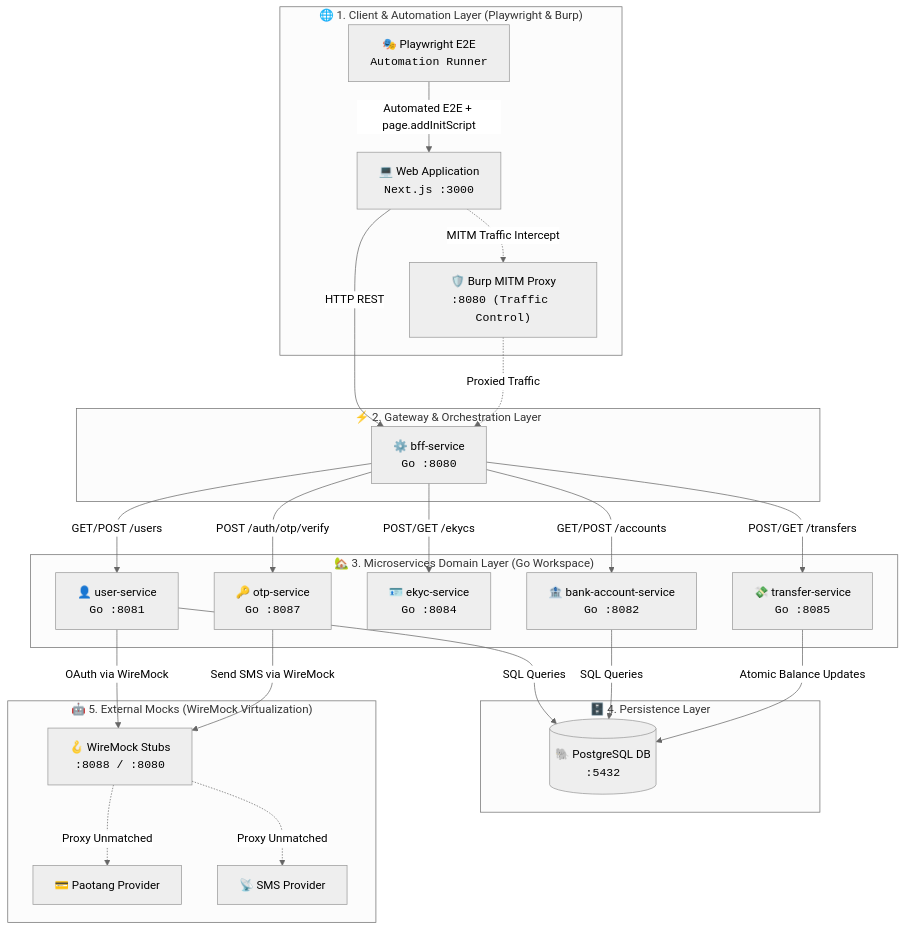
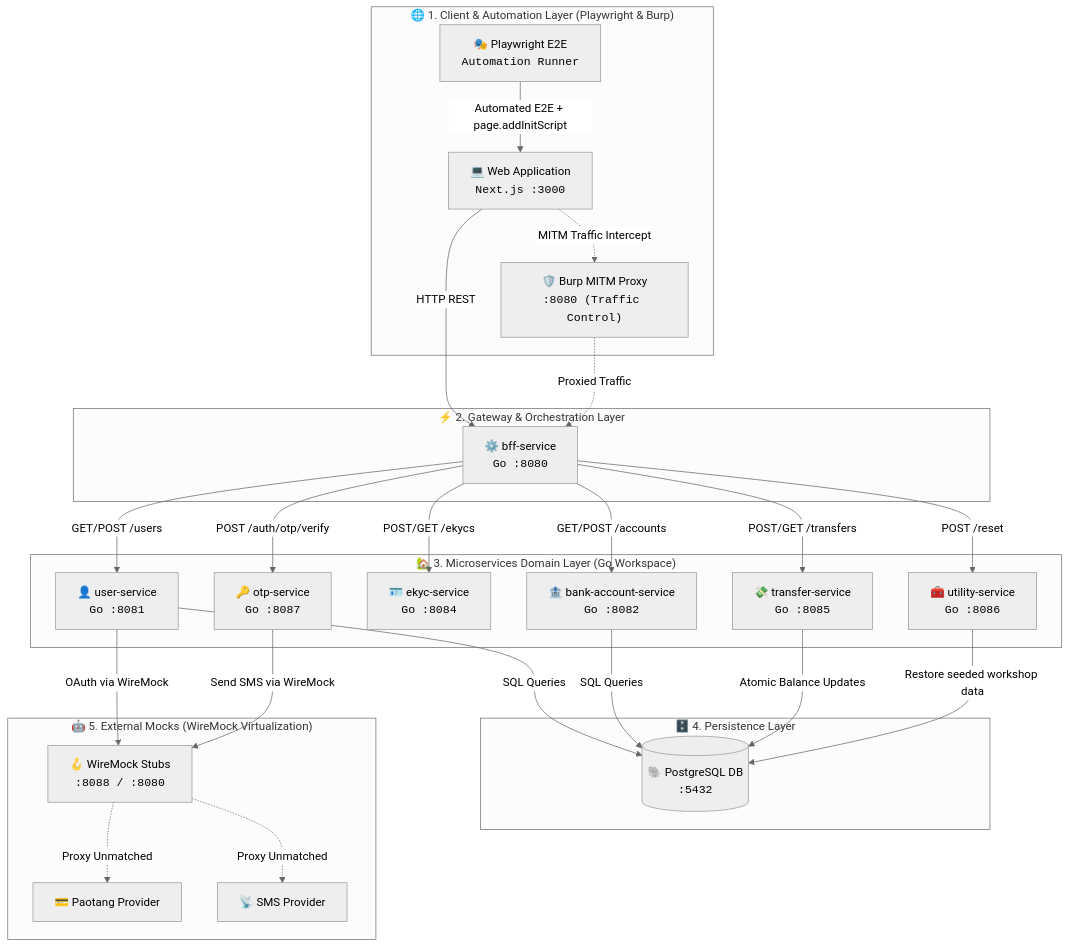
The diagram in README.md (SiwakornSitti/ultra-smoooooth-testing), drawn with Mermaid (neutral theme) before and after one commit. The commit also changed other lines of this file and 14 other files, not shown here.

Commit message:
feat(workshop): add reset utility service

````diff
--- a/README.md
+++ b/README.md
@@ -17,50 +17,53 @@
 ```mermaid
 flowchart TD
     subgraph Clients["🌐 1. Client & Automation Layer (Playwright & Burp)"]
         Website["💻 Web Application<br/><code>Next.js :3000</code>"]
         Playwright["🎭 Playwright E2E<br/><code>Automation Runner</code>"]
         Burp["🛡️ Burp MITM Proxy<br/><code>:8080 (Traffic Control)</code>"]
     end
 
     subgraph API_Gateway["⚡ 2. Gateway & Orchestration Layer"]
         BFF["⚙️ bff-service<br/><code>Go :8080</code>"]
     end
 
     subgraph Core_Services["🏡 3. Microservices Domain Layer (Go Workspace)"]
         UserService["👤 user-service<br/><code>Go :8081</code>"]
         BankService["🏦 bank-account-service<br/><code>Go :8082</code>"]
         EKYCService["🪪 ekyc-service<br/><code>Go :8084</code>"]
         TransferService["💸 transfer-service<br/><code>Go :8085</code>"]
+        UtilityService["🧰 utility-service<br/><code>Go :8086</code>"]
         OTPService["🔑 otp-service<br/><code>Go :8087</code>"]
     end
 
     subgraph Persistence["🗄️ 4. Persistence Layer"]
         DB[("🐘 PostgreSQL DB<br/><code>:5432</code>")]
     end
 
     subgraph External_Mocks["🤖 5. External Mocks (WireMock Virtualization)"]
         WireMock["🪝 WireMock Stubs<br/><code>:8088 / :8080</code>"]
         PaotangProvider["💳 Paotang Provider"]
         SMSProvider["📡 SMS Provider"]
     end
 
     Website -->|HTTP REST| BFF
     Playwright -->|Automated E2E + page.addInitScript| Website
     Website -.->|MITM Traffic Intercept| Burp
     Burp -.->|Proxied Traffic| BFF
 
     BFF -->|GET/POST /users| UserService
     BFF -->|GET/POST /accounts| BankService
     BFF -->|POST/GET /ekycs| EKYCService
     BFF -->|POST/GET /transfers| TransferService
+    BFF -->|POST /reset| UtilityService
     BFF -->|POST /auth/otp/verify| OTPService
 
     UserService -->|SQL Queries| DB
     BankService -->|SQL Queries| DB
     TransferService -->|Atomic Balance Updates| DB
+    UtilityService -->|Restore seeded workshop data| DB
 
     UserService -->|OAuth via WireMock| WireMock
     OTPService -->|Send SMS via WireMock| WireMock
     WireMock -.->|Proxy Unmatched| PaotangProvider
     WireMock -.->|Proxy Unmatched| SMSProvider
 ```
````
